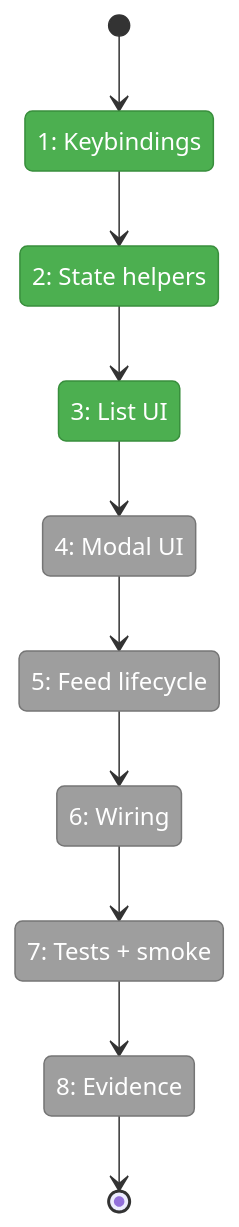
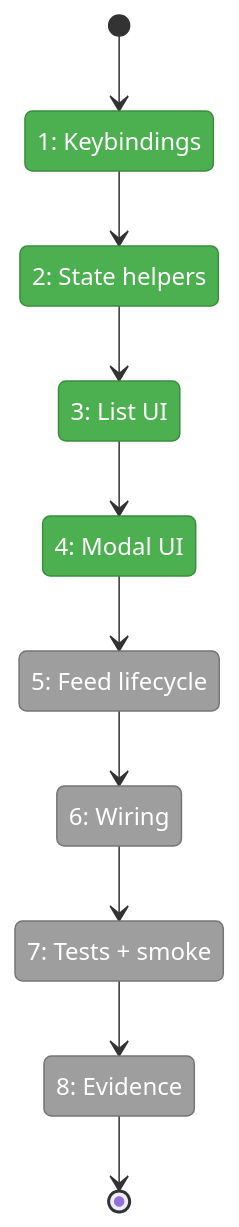
Before and after one commit to vaughanknight/pij: the first of 2 diagrams in docs/plans/007-options-for-pi-extensions-that-do-subagents/tasks/phase-2-full-modal-minih-run-viewer/tasks.fltplan.md, drawn with Mermaid. The commit also changed other lines of this file and 4 other files, not shown here.

````diff
--- a/docs/plans/007-options-for-pi-extensions-that-do-subagents/tasks/phase-2-full-modal-minih-run-viewer/tasks.fltplan.md
+++ b/docs/plans/007-options-for-pi-extensions-that-do-subagents/tasks/phase-2-full-modal-minih-run-viewer/tasks.fltplan.md
@@ -43,29 +43,29 @@
 ```mermaid
 stateDiagram-v2
     classDef pending fill:#9E9E9E,stroke:#757575,color:#fff
     classDef active fill:#FFC107,stroke:#FFA000,color:#000
     classDef done fill:#4CAF50,stroke:#388E3C,color:#fff
     classDef blocked fill:#F44336,stroke:#D32F2F,color:#fff
 
     state "1: Keybindings" as S1
     state "2: State helpers" as S2
     state "3: List UI" as S3
     state "4: Modal UI" as S4
     state "5: Feed lifecycle" as S5
     state "6: Wiring" as S6
     state "7: Tests + smoke" as S7
     state "8: Evidence" as S8
 
     [*] --> S1
     S1 --> S2
     S2 --> S3
     S3 --> S4
     S4 --> S5
     S5 --> S6
     S6 --> S7
     S7 --> S8
     S8 --> [*]
 
-    class S1,S2,S3 done
-    class S4,S5,S6,S7,S8 pending
+    class S1,S2,S3,S4 done
+    class S5,S6,S7,S8 pending
 ```
````
